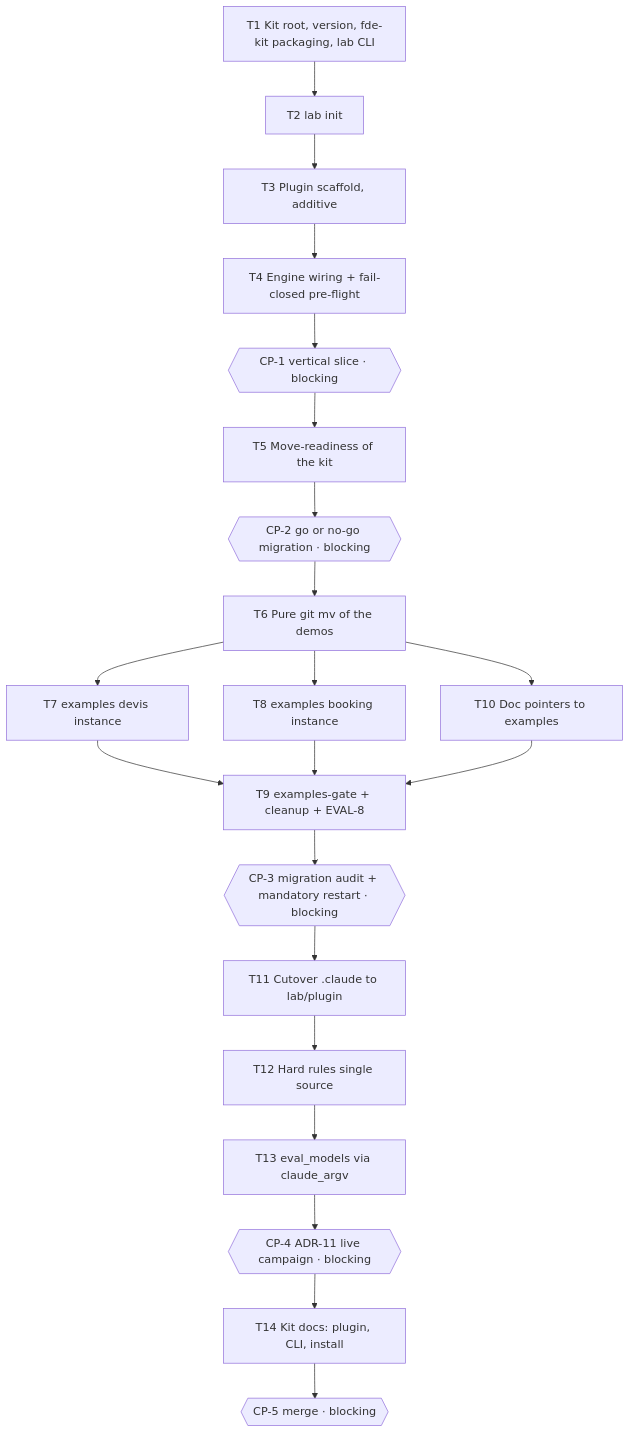
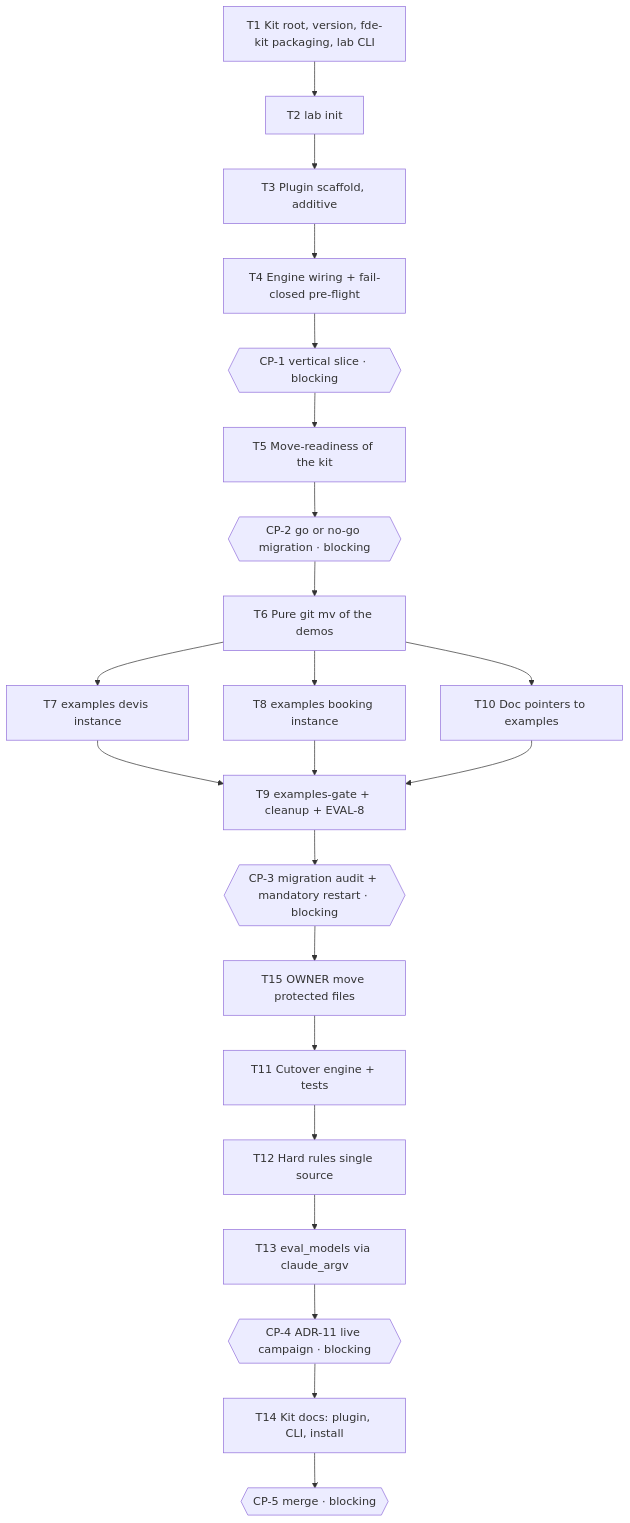
One commit to antoinelef23/AI-Workflow-gates changed the diagram in work/fde-kit/tasks.md. Above: the diagram before and after it, drawn with Mermaid. The commit also changed other lines of this file, not shown here.

First line of the commit message:
docs(fde-kit): plan delta — T11 split: T15 Owner lane (protected paths) then T11 agent part [BHV-2, INV-1]

````diff
--- a/work/fde-kit/tasks.md
+++ b/work/fde-kit/tasks.md
@@ -116,23 +116,24 @@
 ```mermaid
 flowchart TD
     T1[T1 Kit root, version, fde-kit packaging, lab CLI] --> T2[T2 lab init]
     T2 --> T3[T3 Plugin scaffold, additive]
     T3 --> T4[T4 Engine wiring + fail-closed pre-flight]
     T4 --> CP1{{CP-1 vertical slice · blocking}}
     CP1 --> T5[T5 Move-readiness of the kit]
     T5 --> CP2{{CP-2 go or no-go migration · blocking}}
     CP2 --> T6[T6 Pure git mv of the demos]
     T6 --> T7[T7 examples devis instance]
     T6 --> T8[T8 examples booking instance]
     T6 --> T10[T10 Doc pointers to examples]
     T7 --> T9[T9 examples-gate + cleanup + EVAL-8]
     T8 --> T9
     T10 --> T9
     T9 --> CP3{{CP-3 migration audit + mandatory restart · blocking}}
-    CP3 --> T11[T11 Cutover .claude to lab/plugin]
+    CP3 --> T15[T15 OWNER move protected files]
+    T15 --> T11[T11 Cutover engine + tests]
     T11 --> T12[T12 Hard rules single source]
     T12 --> T13[T13 eval_models via claude_argv]
     T13 --> CP4{{CP-4 ADR-11 live campaign · blocking}}
     CP4 --> T14[T14 Kit docs: plugin, CLI, install]
     T14 --> CP5{{CP-5 merge · blocking}}
 ```
````
